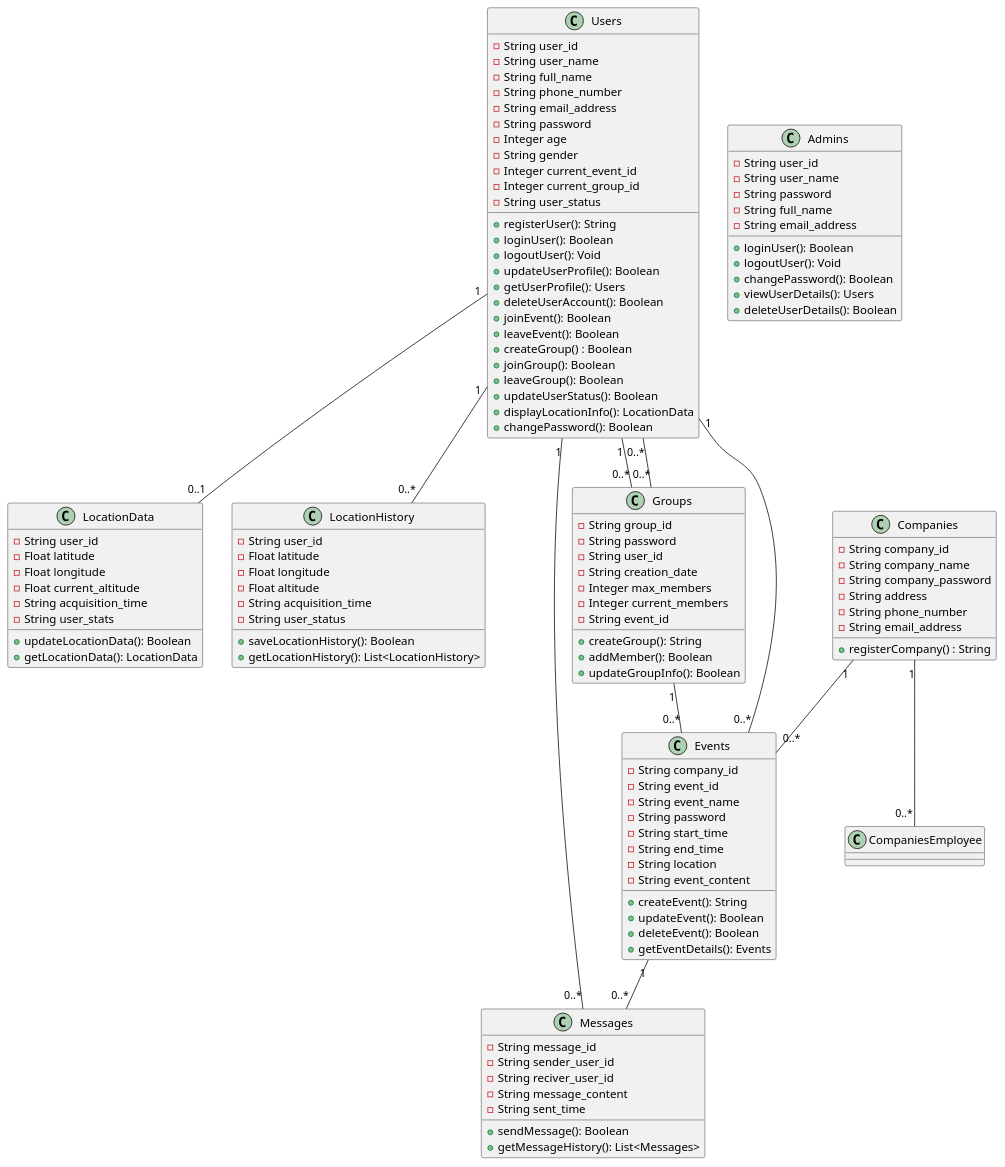
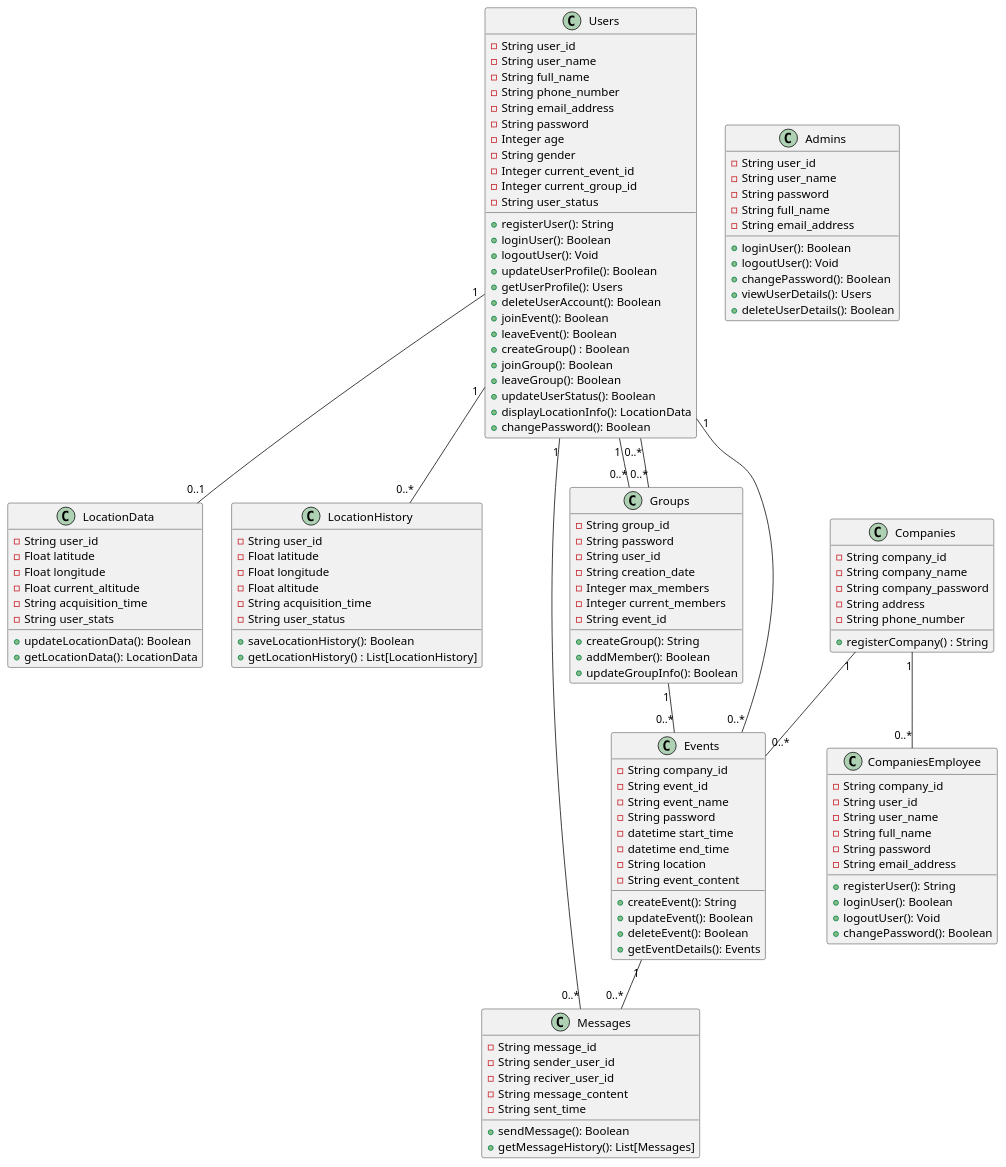
The diagram in F_class.plantuml (ksw2270227/GroupF), drawn with PlantUML before and after one commit. The commit also changed 1 other file, not shown here.

Commit message:
someクラス図編集

```diff
--- a/F_class.plantuml
+++ b/F_class.plantuml
@@ -1,136 +1,149 @@
 @startuml
 
 class Users {
     - String user_id
     - String user_name
     - String full_name
     - String phone_number
     - String email_address
     - String password
     - Integer age
     - String gender
     - Integer current_event_id
     - Integer current_group_id
     - String user_status
 
     + registerUser(): String
     + loginUser(): Boolean
     + logoutUser(): Void
     + updateUserProfile(): Boolean
     + getUserProfile(): Users
     + deleteUserAccount(): Boolean
     + joinEvent(): Boolean
     + leaveEvent(): Boolean
     + createGroup() : Boolean
     + joinGroup(): Boolean
     + leaveGroup(): Boolean
     + updateUserStatus(): Boolean
     + displayLocationInfo(): LocationData
     + changePassword(): Boolean
 }
 
 class Admins {
     - String user_id
     - String user_name
     - String password
     - String full_name
     - String email_address
 
     + loginUser(): Boolean
     + logoutUser(): Void
     + changePassword(): Boolean
     + viewUserDetails(): Users
     + deleteUserDetails(): Boolean
 }
 
 class Companies {
     - String company_id
     - String company_name
     - String company_password
     - String address
     - String phone_number
-    - String email_address
 
     + registerCompany() : String
 }
 
 class Events {
     - String company_id
     - String event_id
     - String event_name
     - String password
-    - String start_time
-    - String end_time
+    - datetime start_time
+    - datetime end_time
     - String location
     - String event_content
 
     + createEvent(): String
     + updateEvent(): Boolean
     + deleteEvent(): Boolean
     + getEventDetails(): Events
 }
 
 class LocationData {
     - String user_id
     - Float latitude
     - Float longitude
     - Float current_altitude
     - String acquisition_time
     - String user_stats
 
     + updateLocationData(): Boolean
     + getLocationData(): LocationData
 }
 
 class LocationHistory {
     - String user_id
     - Float latitude
     - Float longitude
     - Float altitude
     - String acquisition_time
     - String user_status
 
     + saveLocationHistory(): Boolean
-    + getLocationHistory(): List<LocationHistory>
+    + getLocationHistory() : List[LocationHistory]
 }
 
 class Messages {
     - String message_id
     - String sender_user_id
     - String reciver_user_id
     - String message_content
     - String sent_time
 
     + sendMessage(): Boolean
-    + getMessageHistory(): List<Messages>
+    + getMessageHistory(): List[Messages]
 }
 
 class Groups {
     - String group_id
     - String password
     - String user_id
     - String creation_date
     - Integer max_members
     - Integer current_members
     - String event_id
 
     + createGroup(): String
     + addMember(): Boolean
     + updateGroupInfo(): Boolean
 }
 
-' 関連（has-a 関係）
+class CompaniesEmployee{
+    - String company_id
+    - String user_id
+    - String user_name
+    - String full_name
+    - String password
+    - String email_address
+
+    + registerUser(): String
+    + loginUser(): Boolean
+    + logoutUser(): Void
+    + changePassword(): Boolean
+}
+
+' 関連
 Users "1" -- "0..*" Groups
 Users "1" -- "0..*" Events
 Users "1" -- "0..*" Messages
 Users "1" -- "0..1" LocationData
 Users "1" -- "0..*" LocationHistory
 
 Groups "0..*" -- "0..*" Users
 Groups "1" -- "0..*" Events
 
 Companies "1" -- "0..*" Events
 Companies "1" -- "0..*" CompaniesEmployee
 
 Events "1" -- "0..*" Messages
 @enduml
```
